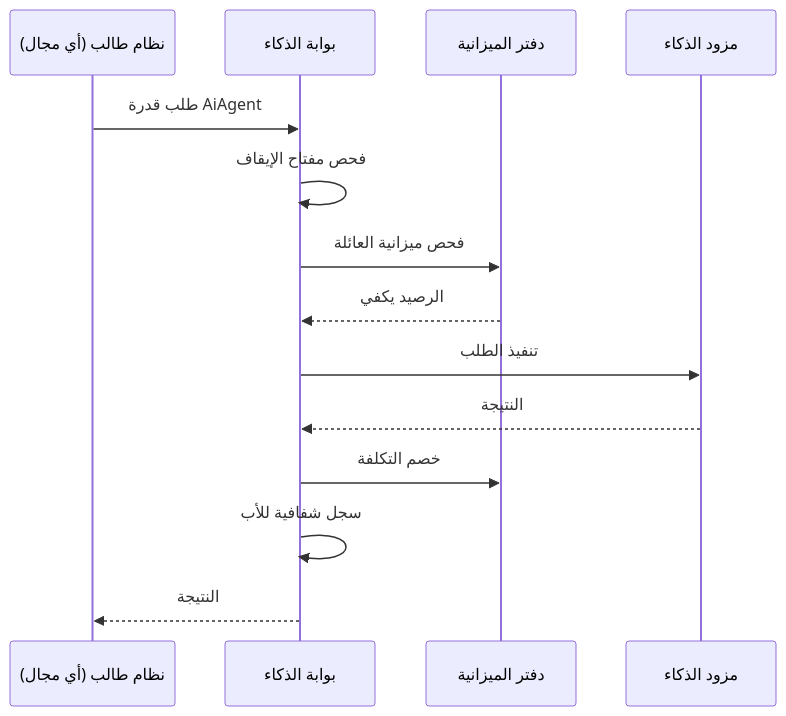
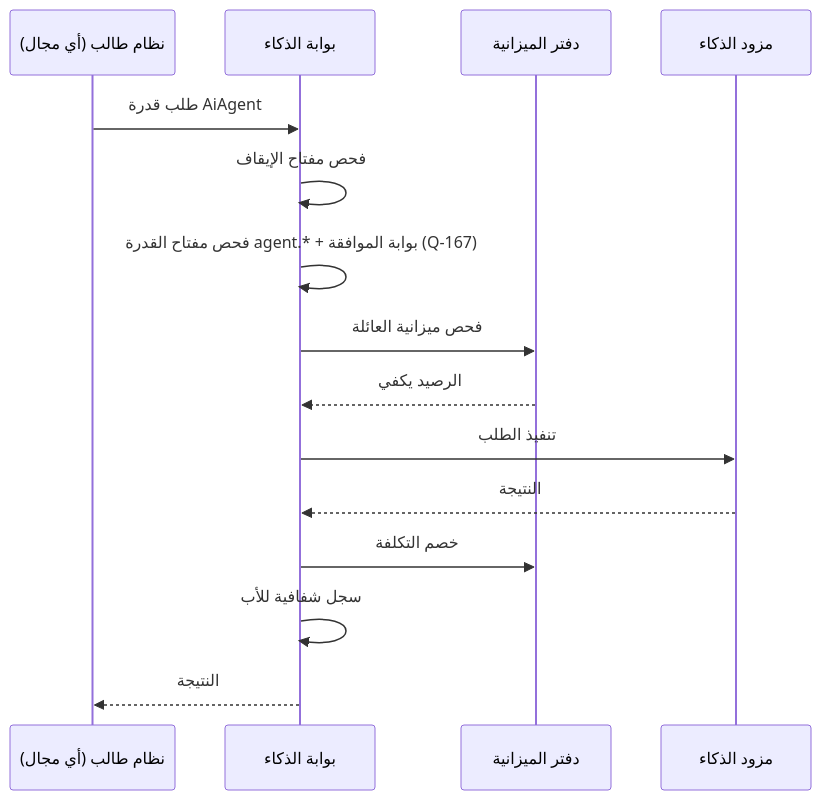
One commit to Bassam-mohammed-alqaeadi/family-os-v2 changed the eighth of 9 diagrams in docs/family-os/governance/architecture/ARCHITECTURE.md. Above: the diagram before and after it, drawn with Mermaid. The commit also changed other lines of this file and 10 other files, not shown here.

Commit message:
Q-167: عقد تحقق الذكاء الملزم — بوابات الموافقة الخمس + 7 مفاتيح agent.* + سجل AgentActionLog (AUD-007)

````diff
--- a/docs/family-os/governance/architecture/ARCHITECTURE.md
+++ b/docs/family-os/governance/architecture/ARCHITECTURE.md
@@ -306,16 +306,17 @@
 ```mermaid
 sequenceDiagram
     participant S as نظام طالب (أي مجال)
     participant G as بوابة الذكاء
     participant B as دفتر الميزانية
     participant V as مزود الذكاء
     S->>G: طلب قدرة AiAgent
     G->>G: فحص مفتاح الإيقاف
+    G->>G: فحص مفتاح القدرة agent.* + بوابة الموافقة (Q-167)
     G->>B: فحص ميزانية العائلة
     B-->>G: الرصيد يكفي
     G->>V: تنفيذ الطلب
     V-->>G: النتيجة
     G->>B: خصم التكلفة
     G->>G: سجل شفافية للأب
     G-->>S: النتيجة
 ```
````
